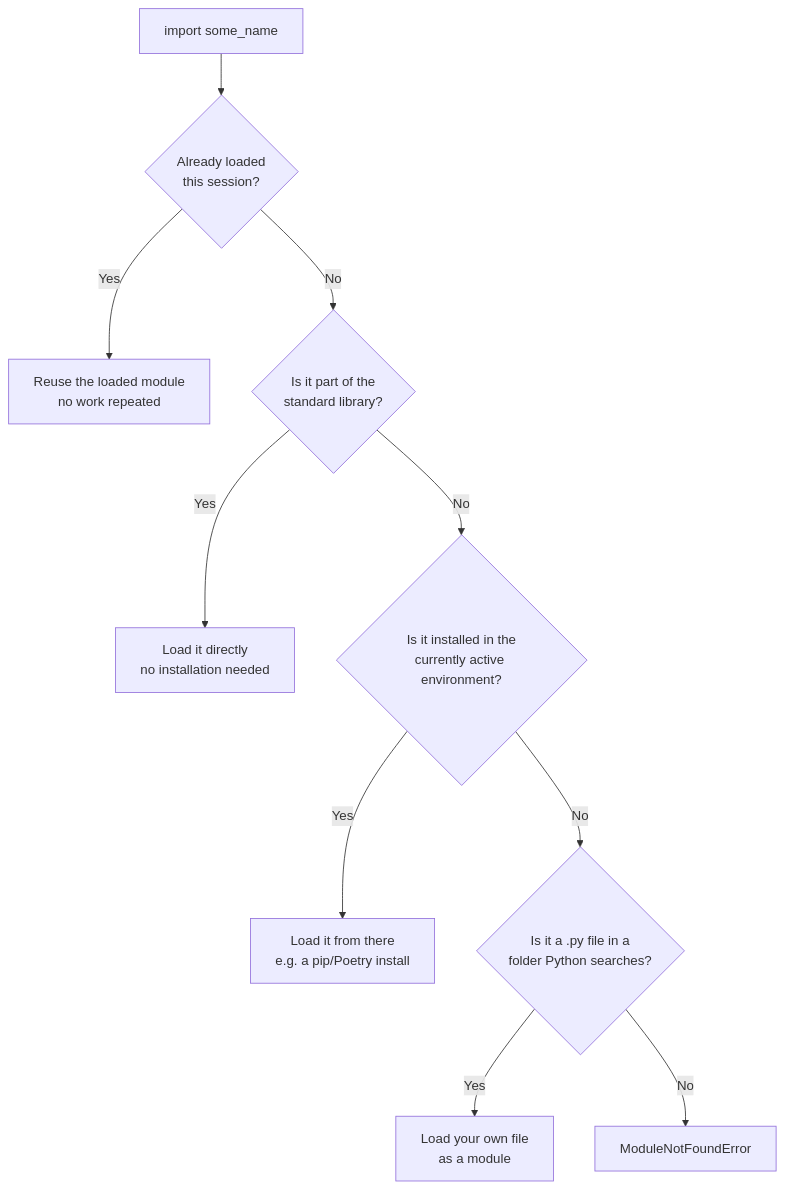
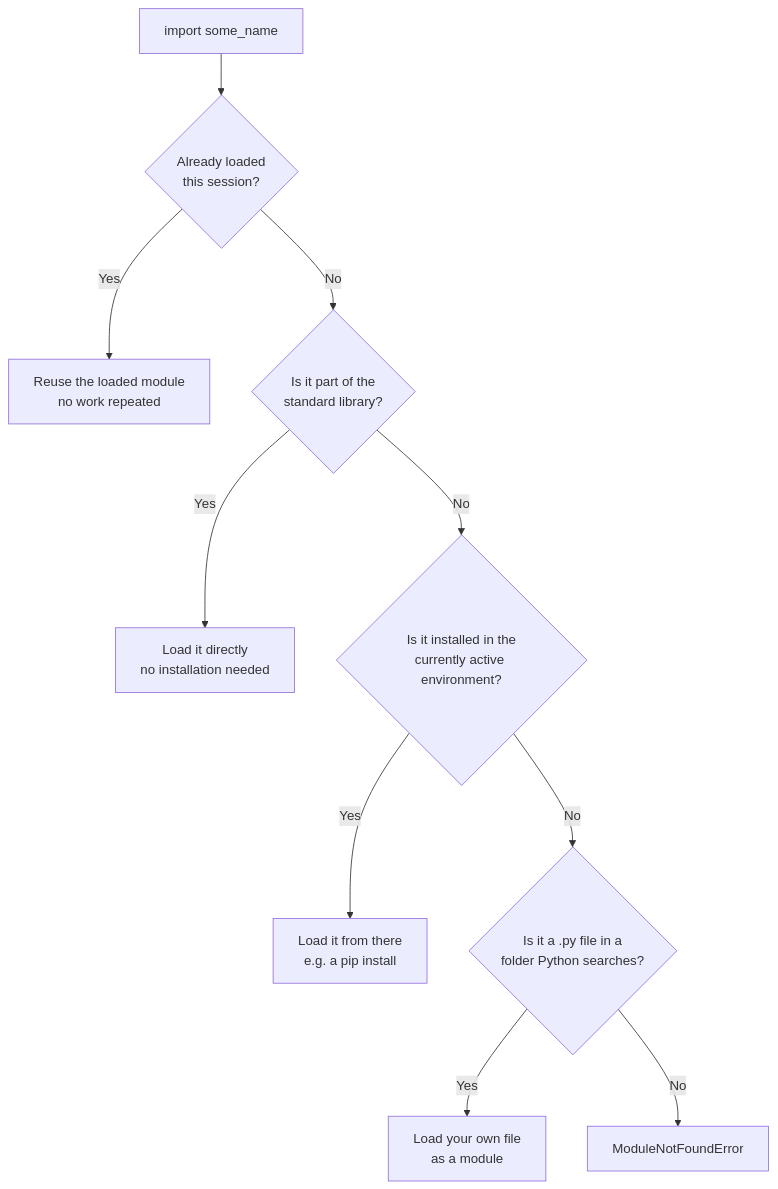
One commit to VishnuKumpati/Python-foundations changed the first of 2 diagrams in modules/p2-control-structures-functions-tooling/unit-2-5-modules-packaging-tooling.md. Above: the diagram before and after it, drawn with Mermaid. The commit also changed other lines of this file and 1 other file, not shown here.

Commit message:
Add navigation.json and remove Poetry references from unit 2.5

````diff
--- a/modules/p2-control-structures-functions-tooling/unit-2-5-modules-packaging-tooling.md
+++ b/modules/p2-control-structures-functions-tooling/unit-2-5-modules-packaging-tooling.md
@@ -87,12 +86,12 @@
 ```mermaid
 flowchart TD
     A["import some_name"] --> B{"Already loaded\nthis session?"}
     B -->|Yes| C["Reuse the loaded module\nno work repeated"]
     B -->|No| D{"Is it part of the\nstandard library?"}
     D -->|Yes| E["Load it directly\nno installation needed"]
     D -->|No| F{"Is it installed in the\ncurrently active environment?"}
-    F -->|Yes| G["Load it from there\ne.g. a pip/Poetry install"]
+    F -->|Yes| G["Load it from there\ne.g. a pip install"]
     F -->|No| H{"Is it a .py file in a\nfolder Python searches?"}
     H -->|Yes| I["Load your own file\nas a module"]
     H -->|No| J["ModuleNotFoundError"]
 ```
````
